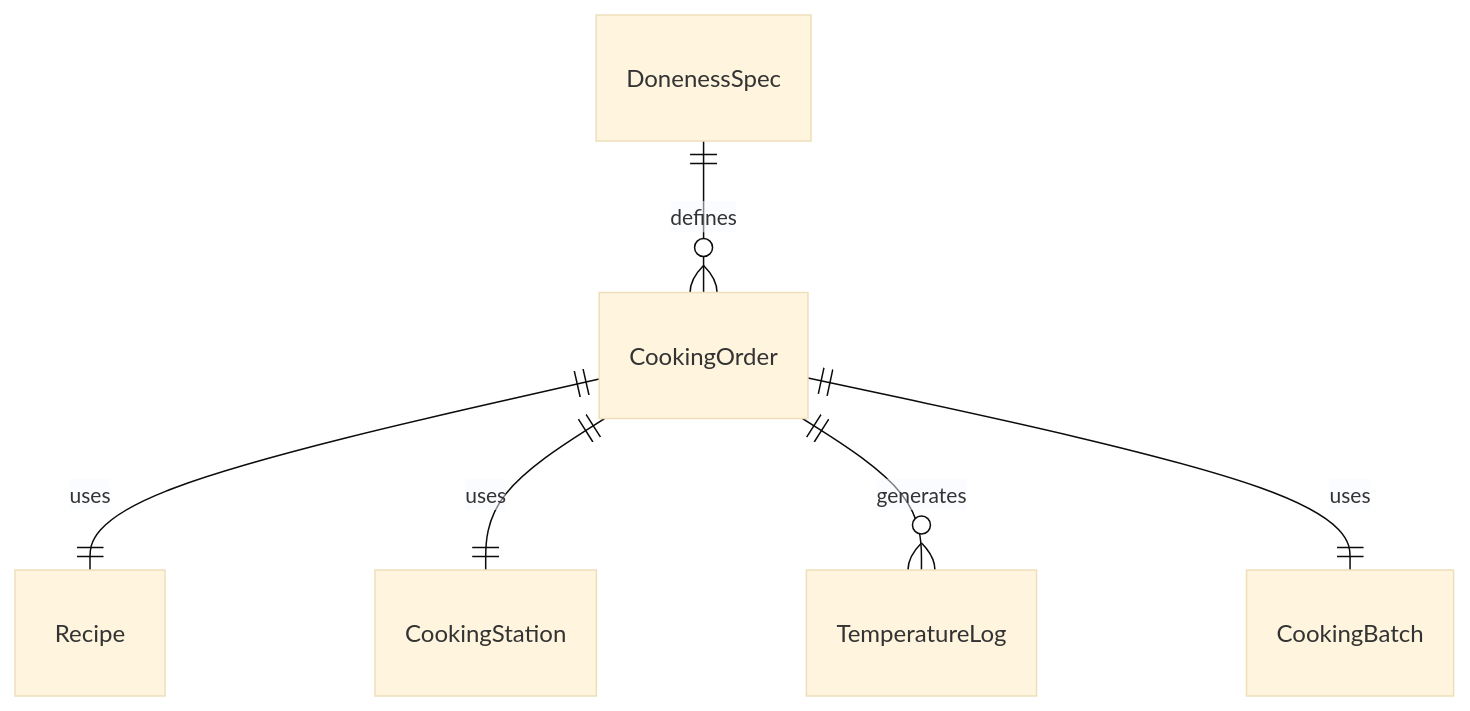
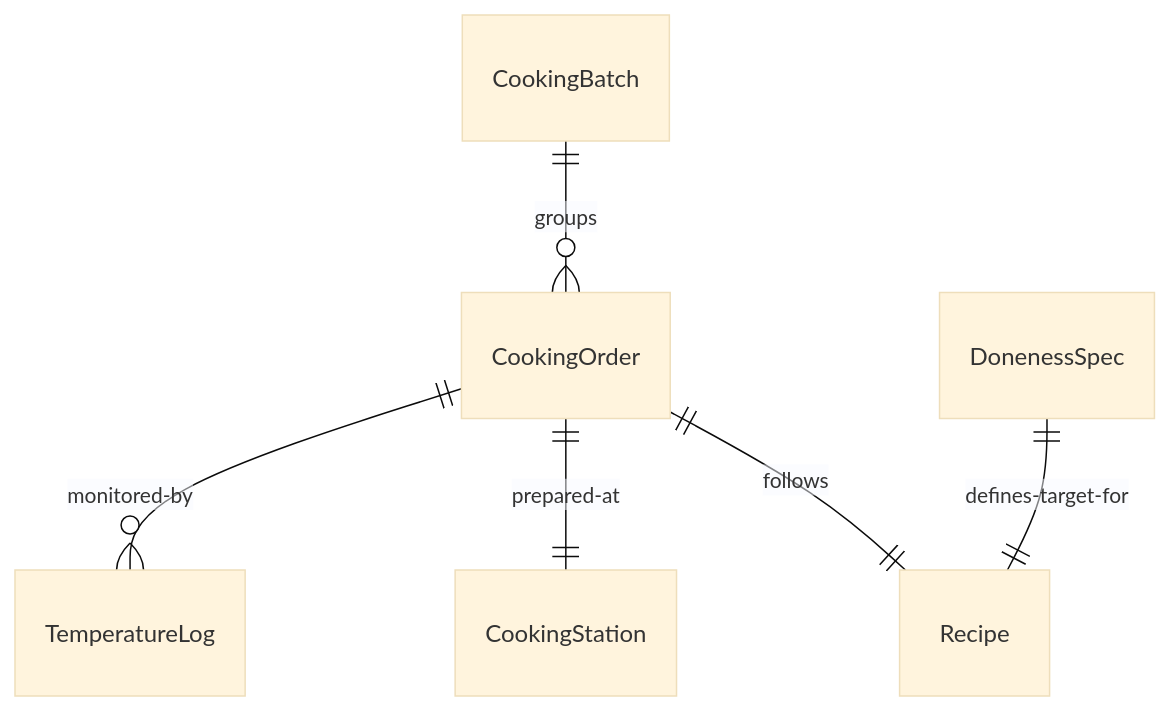
One commit to dot-org-ai/tasks.org.ai changed the first of 4 diagrams in HandlingAndMovingObjects/PrepareFoodsOrBeverages/CookFoods.mdx. Above: the diagram before and after it, drawn with Mermaid (base theme). The commit also changed other lines of this file and 515 other files, not shown here.

````diff
--- a/HandlingAndMovingObjects/PrepareFoodsOrBeverages/CookFoods.mdx
+++ b/HandlingAndMovingObjects/PrepareFoodsOrBeverages/CookFoods.mdx
@@ -87,8 +87,8 @@
 ```mermaid
 erDiagram
-    CookingOrder ||--|| Recipe : "uses"
-    CookingOrder ||--|| CookingStation : "uses"
-    CookingOrder ||--o{ TemperatureLog : "generates"
-    CookingOrder ||--|| CookingBatch : "uses"
-    DonenessSpec ||--o{ CookingOrder : "defines"
+    CookingOrder ||--|| Recipe : "follows"
+    CookingOrder ||--|| CookingStation : "prepared-at"
+    CookingOrder ||--o{ TemperatureLog : "monitored-by"
+    CookingBatch ||--o{ CookingOrder : "groups"
+    DonenessSpec ||--|| Recipe : "defines-target-for"
 ```
````
